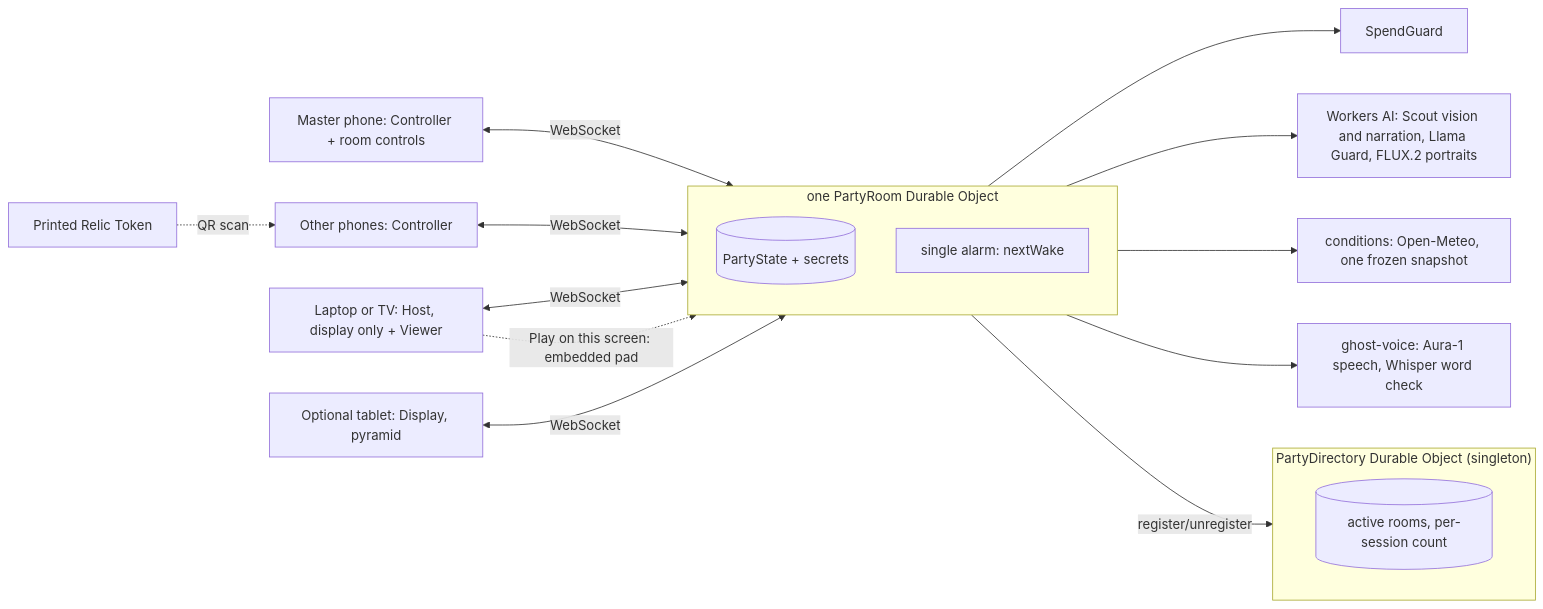
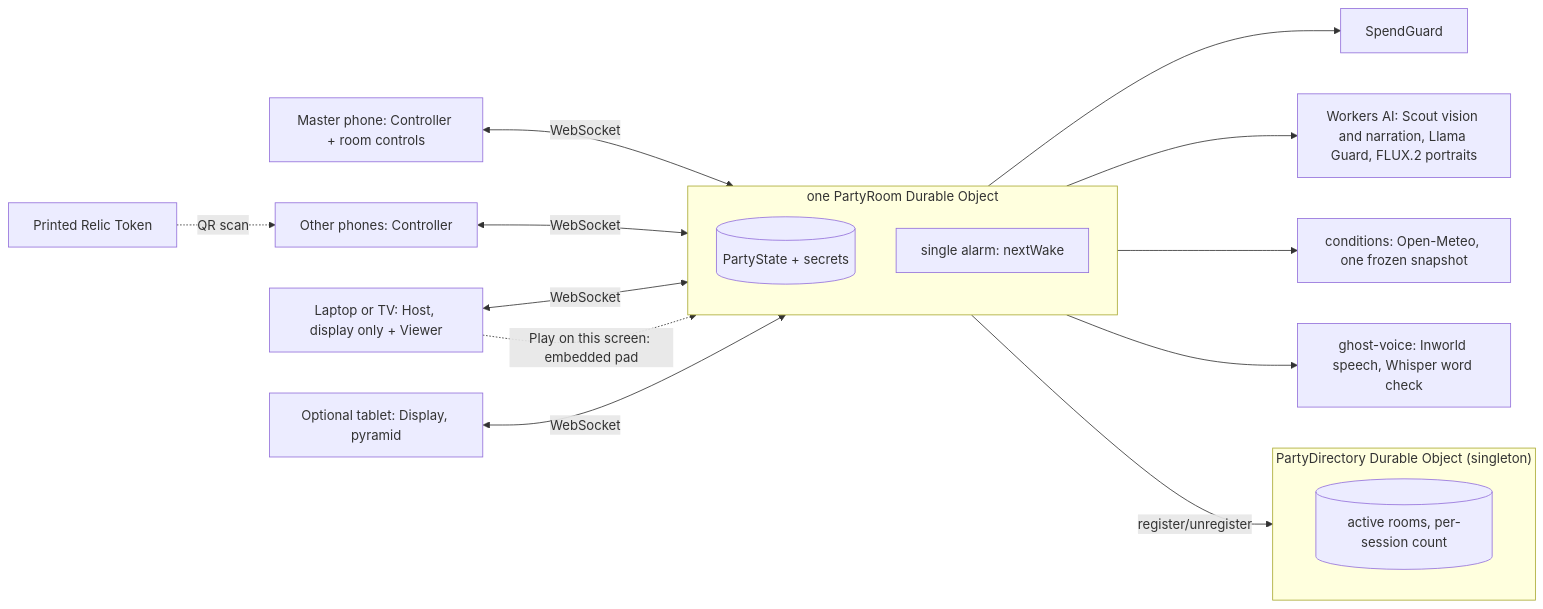
Before and after one commit to diydan/hauntology: the first of 2 diagrams in .kiro/specs/party-mode/design.md, drawn with Mermaid. The commit also changed other lines of this file and 18 other files, not shown here.

````diff
--- a/.kiro/specs/party-mode/design.md
+++ b/.kiro/specs/party-mode/design.md
@@ -32,21 +32,21 @@
 ```mermaid
 flowchart LR
   subgraph Room["one PartyRoom Durable Object"]
     S[(PartyState + secrets)]
     C[single alarm: nextWake]
   end
   subgraph Dir["PartyDirectory Durable Object (singleton)"]
     D[(active rooms, per-session count)]
   end
   M[Master phone: Controller + room controls] <-- WebSocket --> Room
   P2[Other phones: Controller] <-- WebSocket --> Room
   H[Laptop or TV: Host, display only + Viewer] <-- WebSocket --> Room
   D2[Optional tablet: Display, pyramid] <-- WebSocket --> Room
   Room --> G[SpendGuard]
   Room --> B[Workers AI: Scout vision and narration, Llama Guard, FLUX.2 portraits]
   Room --> W[conditions: Open-Meteo, one frozen snapshot]
-  Room --> V[ghost-voice: Aura-1 speech, Whisper word check]
+  Room --> V[ghost-voice: Inworld speech, Whisper word check]
   Room -- register/unregister --> Dir
   T[Printed Relic Token] -. QR scan .-> P2
   H -. "Play on this screen: embedded pad" .-> Room
 ```
````
